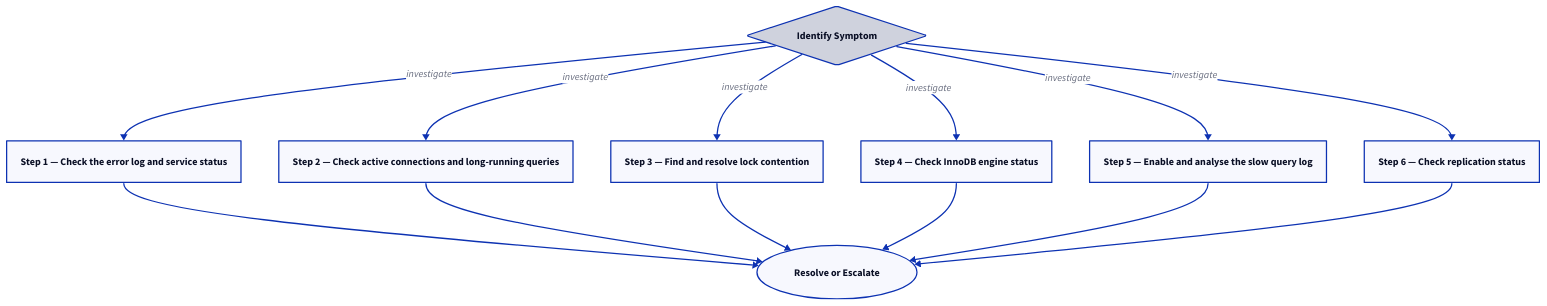
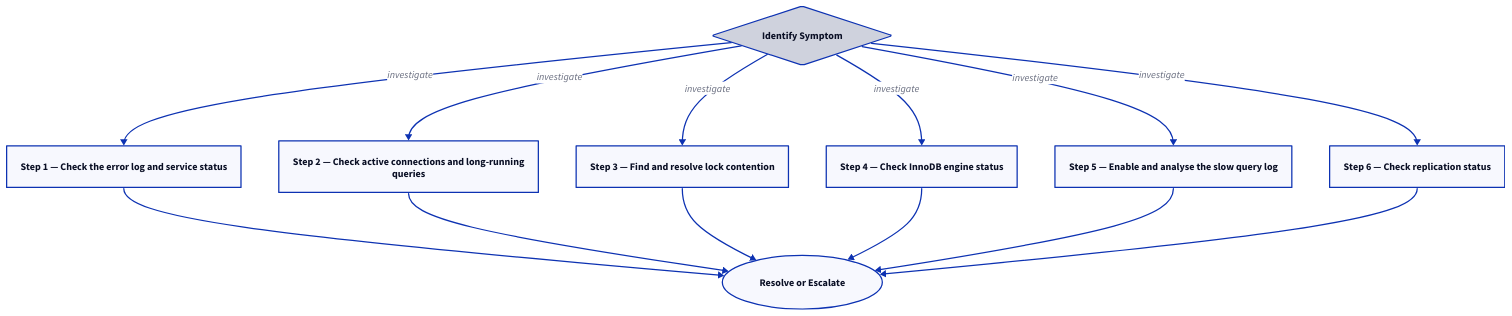
The second of 2 diagrams in docs/compute/linux/mysql/troubleshooting/diagnostics.md (canast01/chris-kb), drawn with D2 before and after one commit. The commit also changed 192 other files, not shown here.

````diff
--- a/docs/compute/linux/mysql/troubleshooting/diagnostics.md
+++ b/docs/compute/linux/mysql/troubleshooting/diagnostics.md
@@ -64,25 +64,25 @@
 ```d2
 direction: down
 
 symptom: Identify Symptom {shape: diamond}
 step_1_check_the_error_log_and_servi: "Step 1 — Check the error log and service status" {shape: rectangle}
-step_2_check_active_connections_and_: "Step 2 — Check active connections and long-running queries" {shape: rectangle}
+step_2_check_active_connections_and_: "Step 2 — Check active connections and long-running\nqueries" {shape: rectangle}
 step_3_find_and_resolve_lock_content: "Step 3 — Find and resolve lock contention" {shape: rectangle}
 step_4_check_innodb_engine_status: "Step 4 — Check InnoDB engine status" {shape: rectangle}
 step_5_enable_and_analyse_the_slow_q: "Step 5 — Enable and analyse the slow query log" {shape: rectangle}
 step_6_check_replication_status: "Step 6 — Check replication status" {shape: rectangle}
 resolution: Resolve or Escalate {shape: oval}
 
 symptom -> step_1_check_the_error_log_and_servi: investigate
 symptom -> step_2_check_active_connections_and_: investigate
 symptom -> step_3_find_and_resolve_lock_content: investigate
 symptom -> step_4_check_innodb_engine_status: investigate
 symptom -> step_5_enable_and_analyse_the_slow_q: investigate
 symptom -> step_6_check_replication_status: investigate
 step_1_check_the_error_log_and_servi -> resolution
 step_2_check_active_connections_and_ -> resolution
 step_3_find_and_resolve_lock_content -> resolution
 step_4_check_innodb_engine_status -> resolution
 step_5_enable_and_analyse_the_slow_q -> resolution
 step_6_check_replication_status -> resolution
 ```
````
